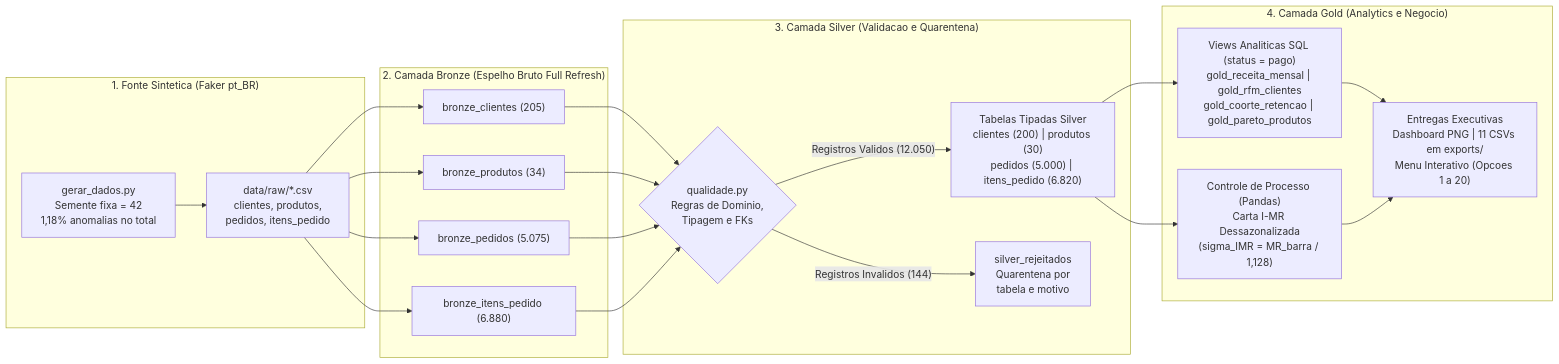
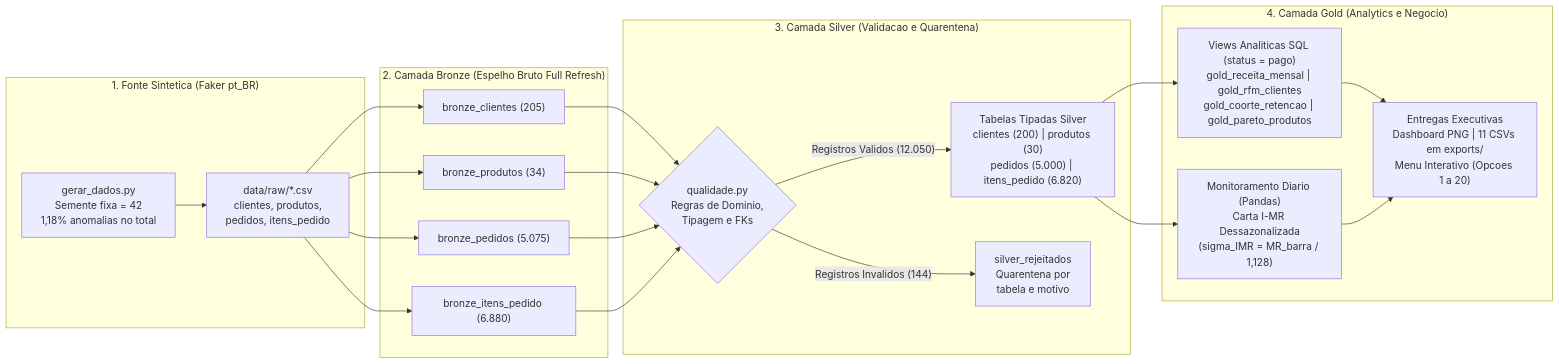
Before and after one commit to Nayanearaujo/desafio-engenharia-dados-jr: the first of 2 diagrams in README.md, drawn with Mermaid. The commit also changed other lines of this file, not shown here.

Commit message:
docs(readme): alinha schema silver_rejeitados e opcao 20 do menu

````diff
--- a/README.md
+++ b/README.md
@@ -22,25 +22,25 @@
 ```mermaid
 flowchart LR
     subgraph Geracao["1. Fonte Sintetica (Faker pt_BR)"]
         F["gerar_dados.py\nSemente fixa = 42\n1,18% anomalias no total"] --> CSV["data/raw/*.csv\nclientes, produtos,\npedidos, itens_pedido"]
     end
 
     subgraph Bronze["2. Camada Bronze (Espelho Bruto Full Refresh)"]
         CSV --> B1["bronze_clientes (205)"]
         CSV --> B2["bronze_produtos (34)"]
         CSV --> B3["bronze_pedidos (5.075)"]
         CSV --> B4["bronze_itens_pedido (6.880)"]
     end
 
     subgraph Silver["3. Camada Silver (Validacao e Quarentena)"]
         B1 & B2 & B3 & B4 --> Q{"qualidade.py\nRegras de Dominio,\nTipagem e FKs"}
         Q -->|"Registros Validos (12.050)"| S["Tabelas Tipadas Silver\nclientes (200) | produtos (30)\npedidos (5.000) | itens_pedido (6.820)"]
         Q -->|"Registros Invalidos (144)"| R["silver_rejeitados\nQuarentena por\ntabela e motivo"]
     end
 
     subgraph Gold["4. Camada Gold (Analytics e Negocio)"]
         S --> G1["Views Analiticas SQL (status = pago)\ngold_receita_mensal | gold_rfm_clientes\ngold_coorte_retencao | gold_pareto_produtos"]
-        S --> G2["Controle de Processo (Pandas)\nCarta I-MR Dessazonalizada\n(sigma_IMR = MR_barra / 1,128)"]
+        S --> G2["Monitoramento Diario (Pandas)\nCarta I-MR Dessazonalizada\n(sigma_IMR = MR_barra / 1,128)"]
         G1 & G2 --> OUT["Entregas Executivas\nDashboard PNG | 11 CSVs em exports/\nMenu Interativo (Opcoes 1 a 20)"]
     end
 ```
````
